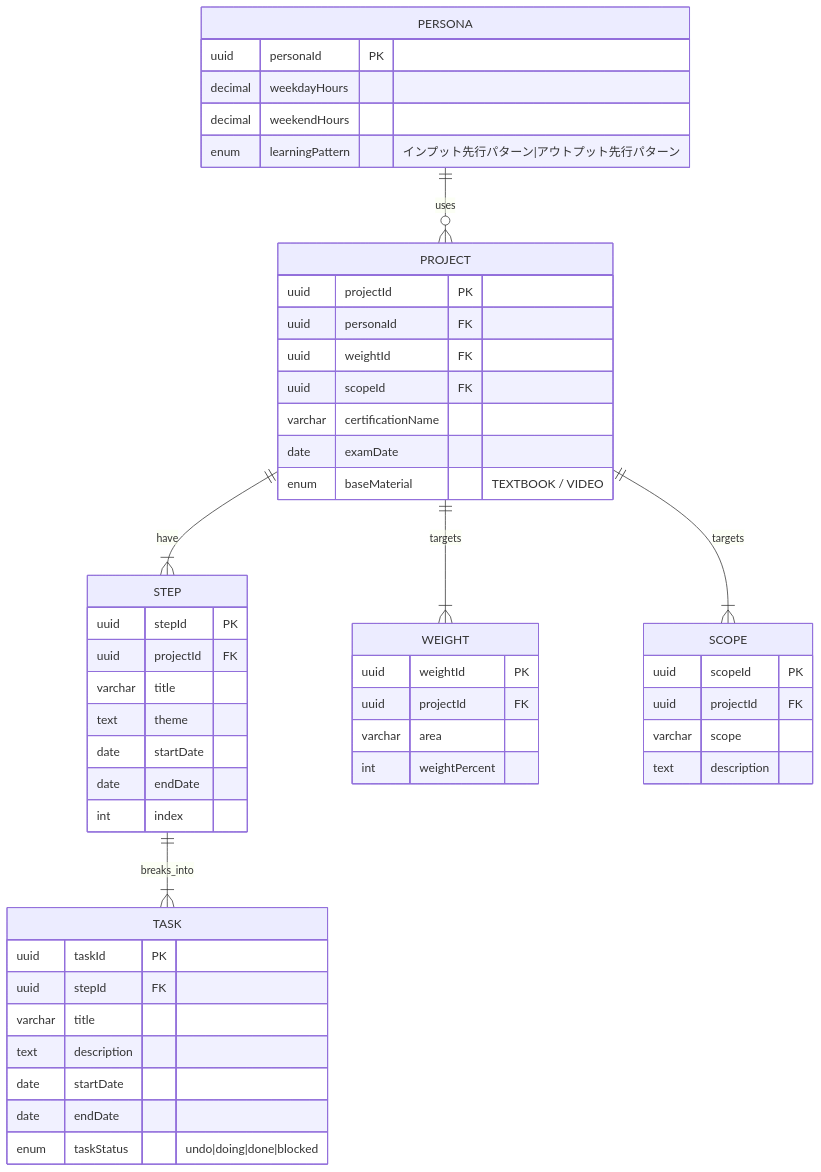
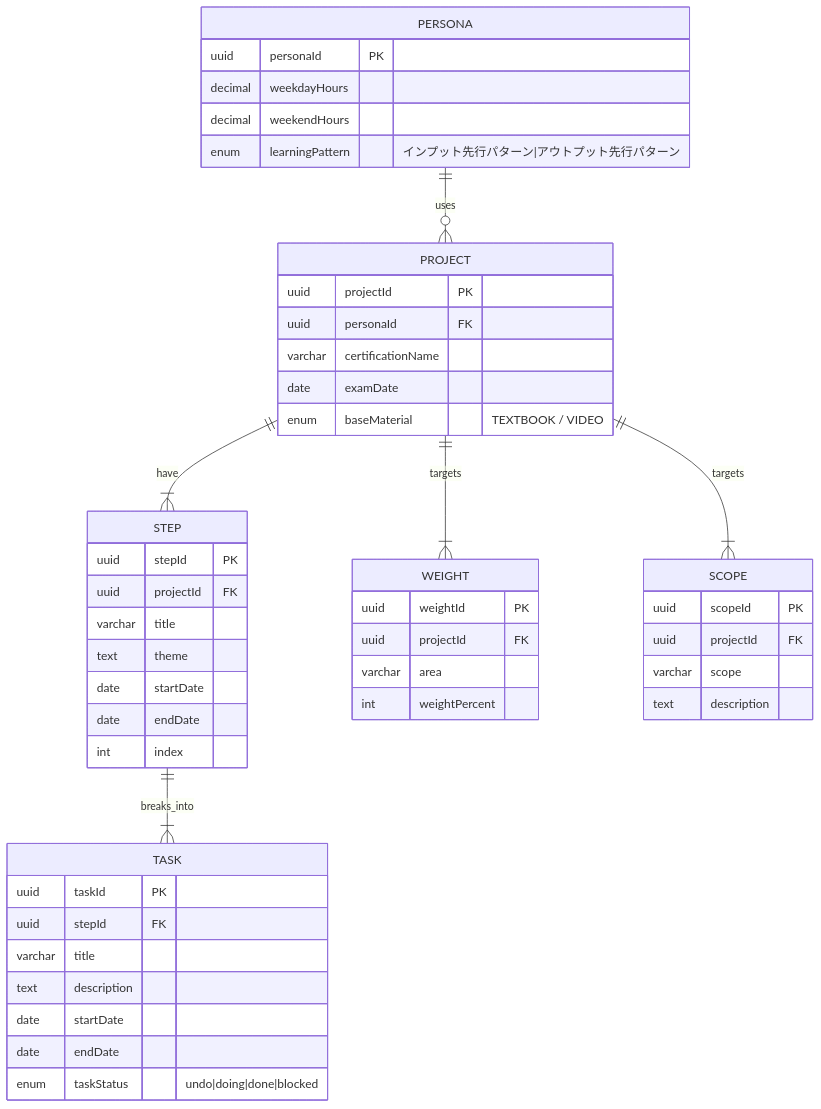
Before and after one commit to study-basic-hackathon/lazy-bear: the diagram in docs/設計/erDiagram.md, drawn with Mermaid.

Commit message:
projectとweightおよびscopeは1:Nとなるため、projectからweightId, scopeIdを削除した

````diff
--- a/docs/設計/erDiagram.md
+++ b/docs/設計/erDiagram.md
@@ -3,59 +3,57 @@
 ```mermaid
 erDiagram
     PROJECT ||--|{ STEP : have
     STEP ||--|{ TASK : breaks_into
     PERSONA ||--o{ PROJECT : uses
     PROJECT ||--|{ WEIGHT : targets
     PROJECT ||--|{ SCOPE : targets
 
     PROJECT {
         uuid projectId PK
         uuid personaId FK
-        uuid weightId FK
-        uuid scopeId FK
         varchar certificationName
         date examDate
         enum baseMaterial "TEXTBOOK / VIDEO"
     }
 
     STEP {
         uuid stepId PK
         uuid projectId FK
         varchar title
         text theme
         date startDate
         date endDate
         int index
     }
 
     TASK {
         uuid taskId PK
         uuid stepId FK
         varchar title
         text description
         date startDate
         date endDate
         enum taskStatus "undo|doing|done|blocked"
     }
 
     PERSONA {
         uuid personaId PK
         decimal weekdayHours
         decimal weekendHours
         enum learningPattern "インプット先行パターン|アウトプット先行パターン"
     }
 
     WEIGHT {
         uuid weightId PK
         uuid projectId FK
         varchar area
         int weightPercent
     }
 
     SCOPE {
         uuid scopeId PK
         uuid projectId FK
         varchar scope
         text description
     }
 ```
````
